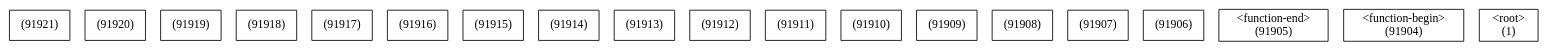
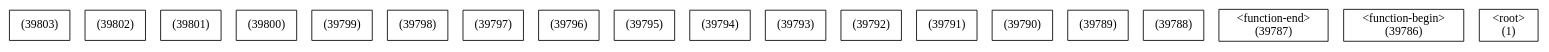
Before and after one commit to HuySSky/Tech-terror: the diagram in dump/js/editor/EditorPanel.update-dom.dot, drawn with Graphviz. The commit also changed 19 other files, not shown here.

```diff
--- a/dump/js/editor/EditorPanel.update-dom.dot
+++ b/dump/js/editor/EditorPanel.update-dom.dot
@@ -1,24 +1,24 @@
 digraph graphname {
-n91921 [shape=box,label="(91921)"];
-n91920 [shape=box,label="(91920)"];
-n91919 [shape=box,label="(91919)"];
-n91918 [shape=box,label="(91918)"];
-n91917 [shape=box,label="(91917)"];
-n91916 [shape=box,label="(91916)"];
-n91915 [shape=box,label="(91915)"];
-n91914 [shape=box,label="(91914)"];
-n91913 [shape=box,label="(91913)"];
-n91912 [shape=box,label="(91912)"];
-n91911 [shape=box,label="(91911)"];
-n91910 [shape=box,label="(91910)"];
-n91909 [shape=box,label="(91909)"];
-n91908 [shape=box,label="(91908)"];
-n91907 [shape=box,label="(91907)"];
-n91906 [shape=box,label="(91906)"];
-n91905 [shape=box,label="<function-end>
-(91905)"];
-n91904 [shape=box,label="<function-begin>
-(91904)"];
+n39803 [shape=box,label="(39803)"];
+n39802 [shape=box,label="(39802)"];
+n39801 [shape=box,label="(39801)"];
+n39800 [shape=box,label="(39800)"];
+n39799 [shape=box,label="(39799)"];
+n39798 [shape=box,label="(39798)"];
+n39797 [shape=box,label="(39797)"];
+n39796 [shape=box,label="(39796)"];
+n39795 [shape=box,label="(39795)"];
+n39794 [shape=box,label="(39794)"];
+n39793 [shape=box,label="(39793)"];
+n39792 [shape=box,label="(39792)"];
+n39791 [shape=box,label="(39791)"];
+n39790 [shape=box,label="(39790)"];
+n39789 [shape=box,label="(39789)"];
+n39788 [shape=box,label="(39788)"];
+n39787 [shape=box,label="<function-end>
+(39787)"];
+n39786 [shape=box,label="<function-begin>
+(39786)"];
 n1 [shape=box,label="<root>
 (1)"];
 }
```
